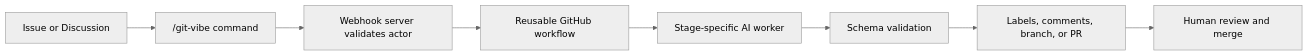
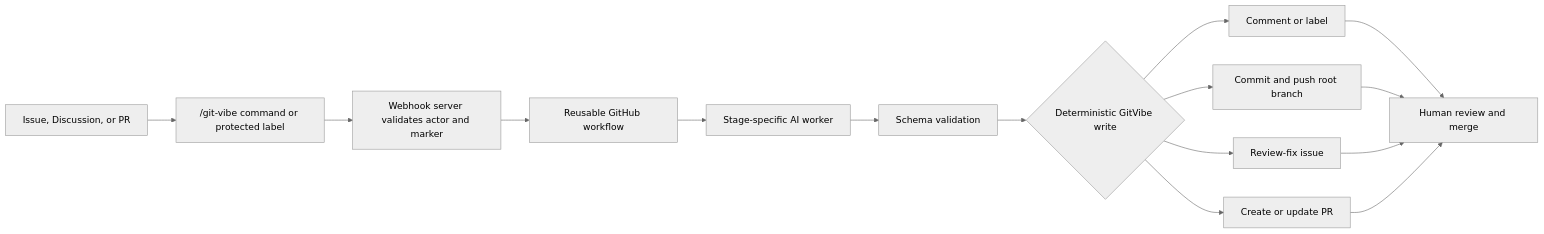
Before and after one commit to markhuangai/git-vibe: the diagram in README.md, drawn with Mermaid (neutral theme). The commit also changed other lines of this file and 41 other files, not shown here.

````diff
--- a/README.md
+++ b/README.md
@@ -58,10 +58,17 @@
 ```mermaid
 flowchart LR
-  A[Issue or Discussion] --> B["/git-vibe command"]
-  B --> C[Webhook server validates actor]
+  A[Issue, Discussion, or PR] --> B["/git-vibe command or protected label"]
+  B --> C[Webhook server validates actor and marker]
   C --> D[Reusable GitHub workflow]
   D --> E[Stage-specific AI worker]
   E --> F[Schema validation]
-  F --> G[Labels, comments, branch, or PR]
-  G --> H[Human review and merge]
+  F --> G{Deterministic GitVibe write}
+  G --> H[Comment or label]
+  G --> I[Commit and push root branch]
+  G --> J[Review-fix issue]
+  G --> K[Create or update PR]
+  H --> L[Human review and merge]
+  I --> L
+  J --> L
+  K --> L
 ```
````
